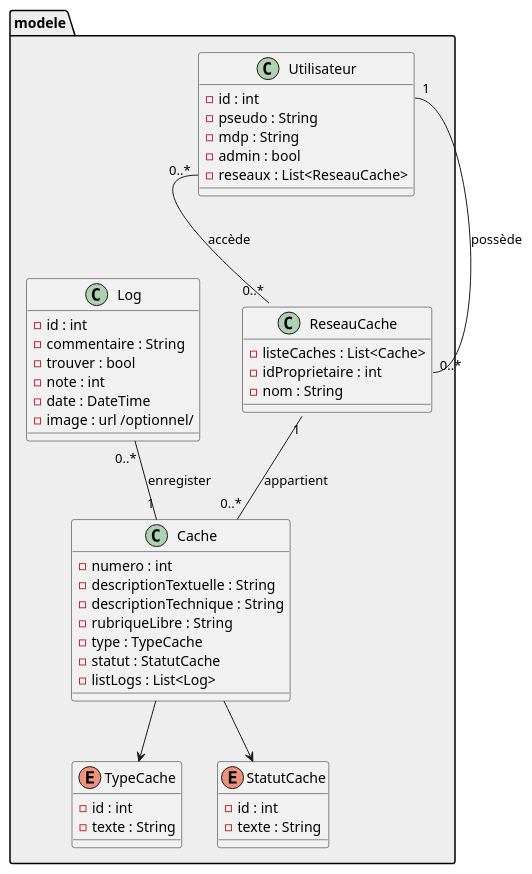
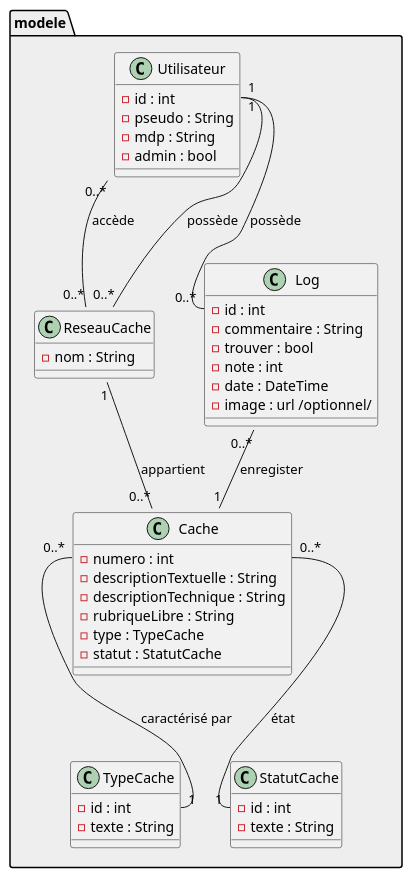
The diagram in conception/UML/diagramme_classes.puml (Thomas-Duthoit/ge-OO-cache), drawn with PlantUML before and after one commit.

```diff
--- a/conception/UML/diagramme_classes.puml
+++ b/conception/UML/diagramme_classes.puml
@@ -1,60 +1,57 @@
 @startuml
 
 package "modele" #EEEEEE{
 
 class Utilisateur{
   - id : int
   - pseudo : String 
   - mdp : String
   - admin : bool
-  - reseaux : List<ReseauCache>
 }
 
 class ReseauCache{
-  - listeCaches : List<Cache>
-  - idProprietaire : int
   - nom : String
 }
 
 class Cache{
   - numero : int
   - descriptionTextuelle : String
   - descriptionTechnique : String 
   - rubriqueLibre : String
   - type : TypeCache
   - statut : StatutCache
-  - listLogs : List<Log>
 }
 
-enum TypeCache{
+class TypeCache{
   - id : int 
   - texte : String
 }
 
-enum StatutCache{
+class StatutCache{
   - id : int 
   - texte : String
 }
 
 
 class Log{
   - id : int
   - commentaire : String
   - trouver : bool
   - note : int
   - date : DateTime
   - image : url /optionnel/
 }
 
-Cache --> TypeCache
-Cache --> StatutCache
+Cache::numero "0..*" -- "1" TypeCache::id : caractérisé par
+Cache::numero "0..*" -- "1" StatutCache::id : état
 
 Utilisateur::reseaux "0..*" -- "0..*" ReseauCache : accède
 Utilisateur::id "1" -- "0..*" ReseauCache::idProprietaire : possède
+Utilisateur::id "1" -- "0..*" Log::id : possède
 
 ReseauCache::listCaches "1" -- "0..*" Cache : appartient
 
 Log "0..*" -- "1" Cache : enregister
 }
 
 @enduml
```
